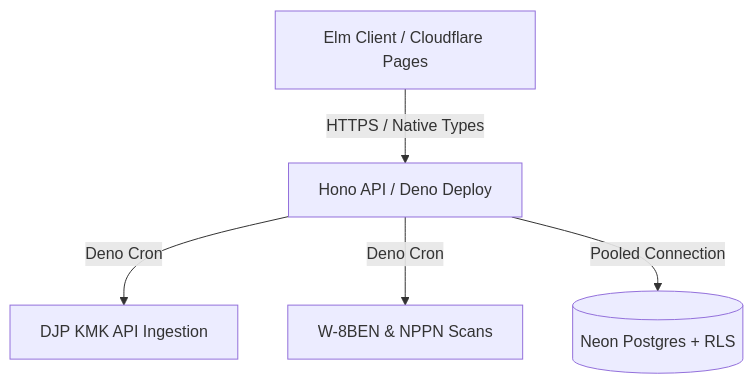
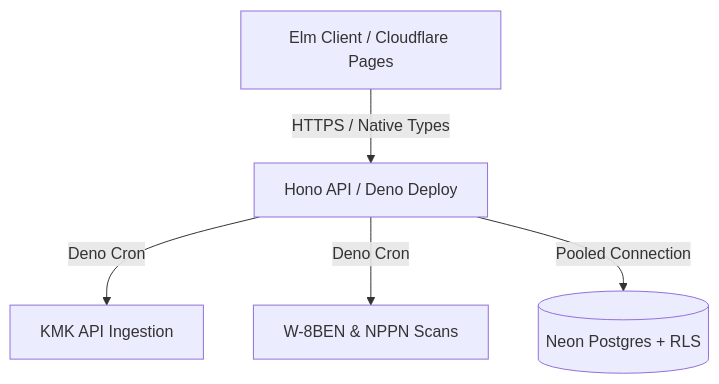
Before and after one commit to gulfaniputra/remote-rupiah: the diagram in README.md, drawn with Mermaid. The commit also changed other lines of this file and 2 other files, not shown here.

First line of the commit message:
docs: sync README with codebase real architecture

````diff
--- a/README.md
+++ b/README.md
@@ -61,7 +56,7 @@
 ```mermaid
 graph TD
     Client[Elm Client / Cloudflare Pages] -->|HTTPS / Native Types| Edge[Hono API / Deno Deploy]
-    Edge -->|Deno Cron| KMK[DJP KMK API Ingestion]
+    Edge -->|Deno Cron| KMK[KMK API Ingestion]
     Edge -->|Deno Cron| Compliance[W-8BEN & NPPN Scans]
     Edge -->|Pooled Connection| DB[(Neon Postgres + RLS)]
 ```
````
